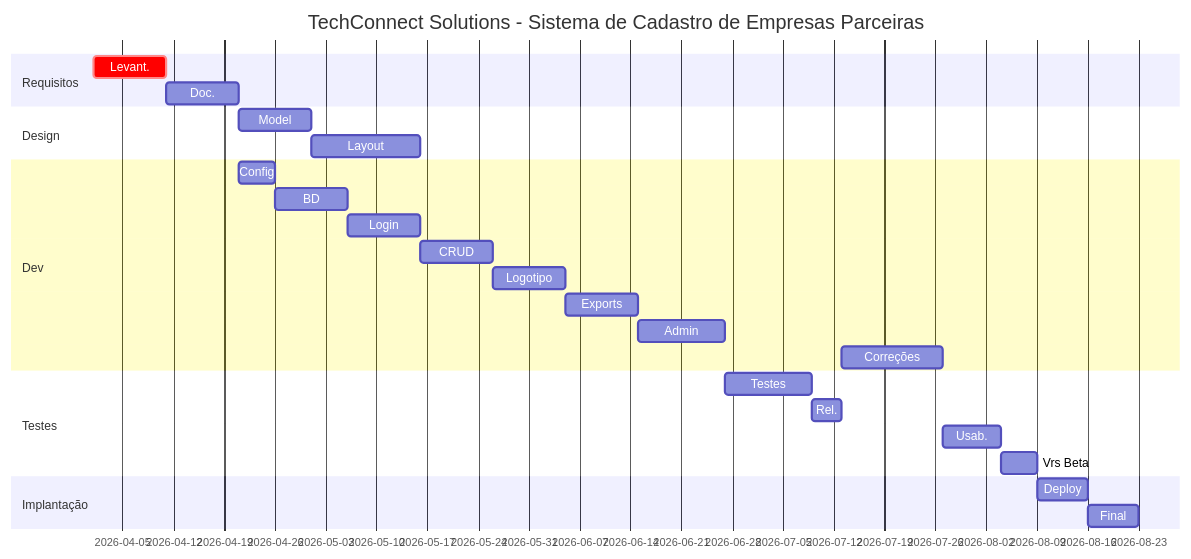
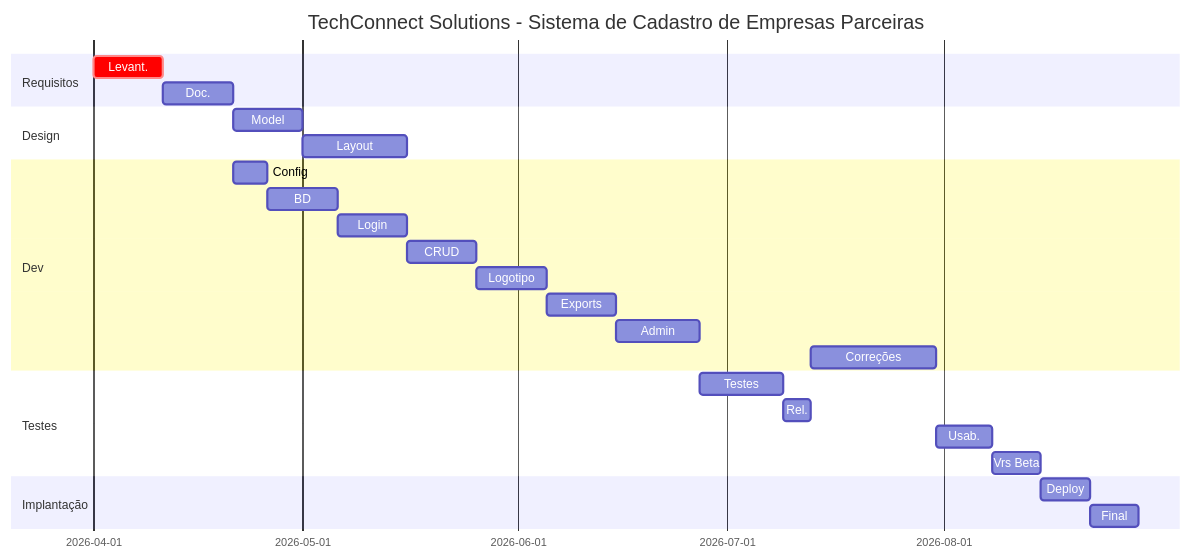
One commit to MaxPichy/teste_gannt3 changed the diagram in ATIVIDADE1.md. Above: the diagram before and after it, drawn with Mermaid.

````diff
--- a/ATIVIDADE1.md
+++ b/ATIVIDADE1.md
@@ -1,33 +1,33 @@
 ```mermaid
 gantt
     title TechConnect Solutions - Sistema de Cadastro de Empresas Parceiras
     dateFormat YYYY-MM-DD
     
     section Requisitos
     Levant.                    :crit, req, 2026-04-01, 10d
     Doc.                       :doc, after req, 10d
     
     section Design
     Model                      :mod, after doc, 10d
     Layout                     :lay, after mod, 15d
     
     section Dev
     Config                     :cfg, after doc, 5d
     BD                         :bd, after cfg, 10d
     Login                      :lgn, after bd, 10d
     CRUD                       :crd, after lgn, 10d
     Logotipo                   :lgt, after crd, 10d
     Exports                    :exp, after lgt, 10d
     Admin                      :adm, after exp, 12d
-    Correções                  :cor, after rel, 14d
+    Correções                  :cor, after rel, 18d
     
     section Testes
     Testes                      :tst, after adm, 12d
     Rel.                        :rel, after tst, 4d
     Usab.                       :usb, after cor, 8d
-    Vrs Beta                    :beta, after usb, 5d
+    Vrs Beta                    :beta, after usb, 7d
     
     section Implantação
     Deploy                      :deploy, after beta, 7d
     Final                       :entrega, after deploy, 7d
 ```
````
